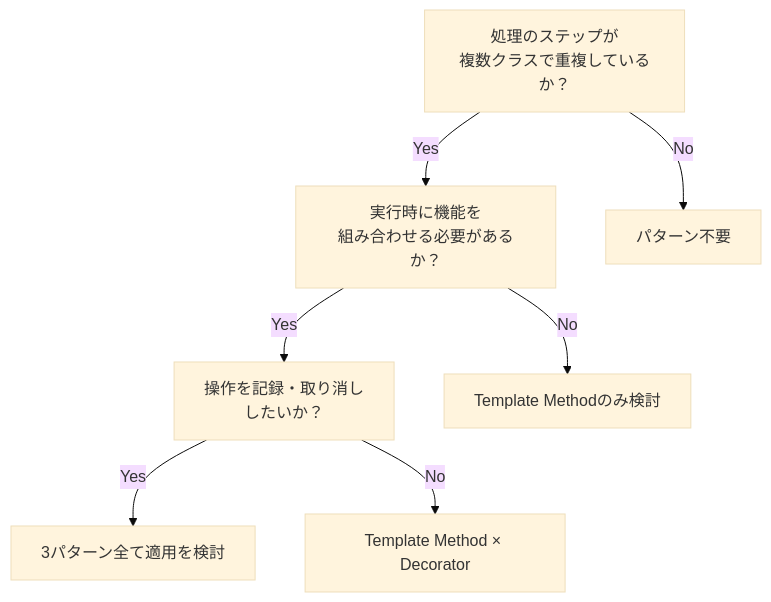
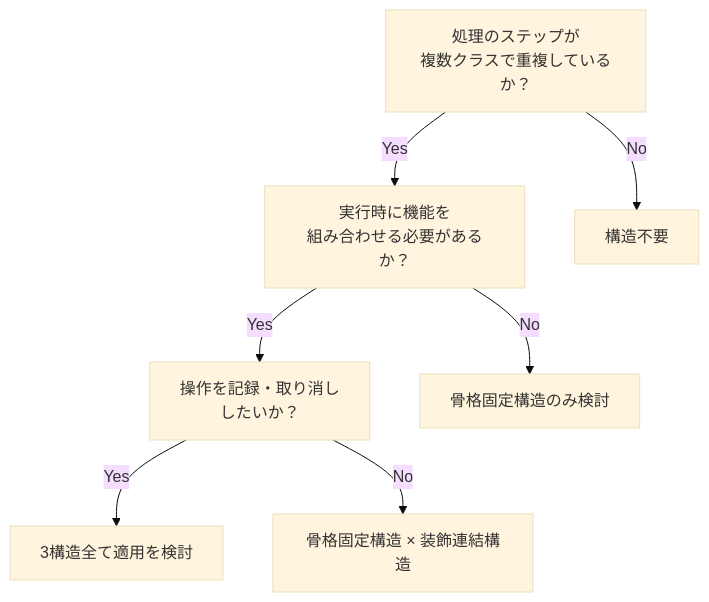
One commit to kumachan1101-pixel/DesignPattern changed the fourth of 7 diagrams in kindle/design-patterns/output/chapter11.md. Above: the diagram before and after it, drawn with Mermaid (base theme). The commit also changed other lines of this file and 18 other files, not shown here.

````diff
--- a/kindle/design-patterns/output/chapter11.md
+++ b/kindle/design-patterns/output/chapter11.md
@@ -907,10 +907,10 @@
 ```mermaid
 flowchart TD
     A[処理のステップが<br>複数クラスで重複しているか？]
     A -->|Yes| B[実行時に機能を<br>組み合わせる必要があるか？]
-    A -->|No| Z[パターン不要]
+    A -->|No| Z[構造不要]
     B -->|Yes| C[操作を記録・取り消し<br>したいか？]
-    B -->|No| D[Template Methodのみ検討]
-    C -->|Yes| E[3パターン全て適用を検討]
-    C -->|No| F[Template Method × Decorator]
+    B -->|No| D[骨格固定構造のみ検討]
+    C -->|Yes| E[3構造全て適用を検討]
+    C -->|No| F[骨格固定構造 × 装飾連結構造]
 ```
````
